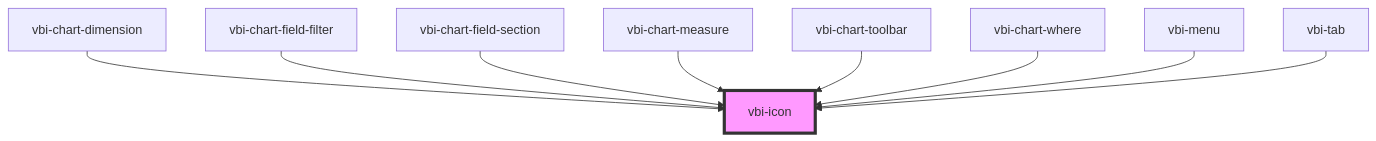
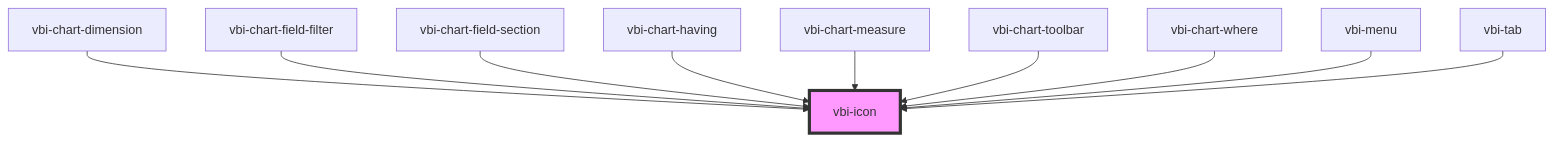
The diagram in packages/vbi-component/src/components/ui/vbi-icon/readme.md (Ditto190/VBI-modme), drawn with Mermaid before and after one commit. The commit also changed other lines of this file and 20 other files, not shown here.

Commit message:
feat(vbi-component): add vbi-chart-having and vbi-chart-having-filter components

````diff
--- a/packages/vbi-component/src/components/ui/vbi-icon/readme.md
+++ b/packages/vbi-component/src/components/ui/vbi-icon/readme.md
@@ -31,12 +32,13 @@
 ```mermaid
 graph TD;
   vbi-chart-dimension --> vbi-icon
   vbi-chart-field-filter --> vbi-icon
   vbi-chart-field-section --> vbi-icon
+  vbi-chart-having --> vbi-icon
   vbi-chart-measure --> vbi-icon
   vbi-chart-toolbar --> vbi-icon
   vbi-chart-where --> vbi-icon
   vbi-menu --> vbi-icon
   vbi-tab --> vbi-icon
   style vbi-icon fill:#f9f,stroke:#333,stroke-width:4px
 ```
````
